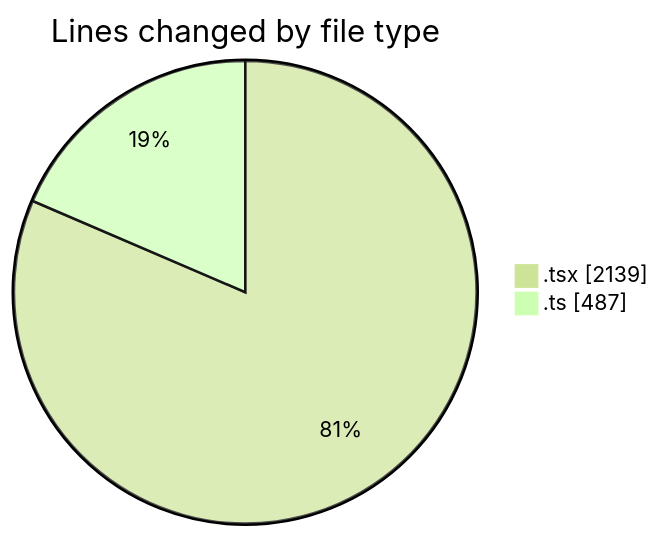
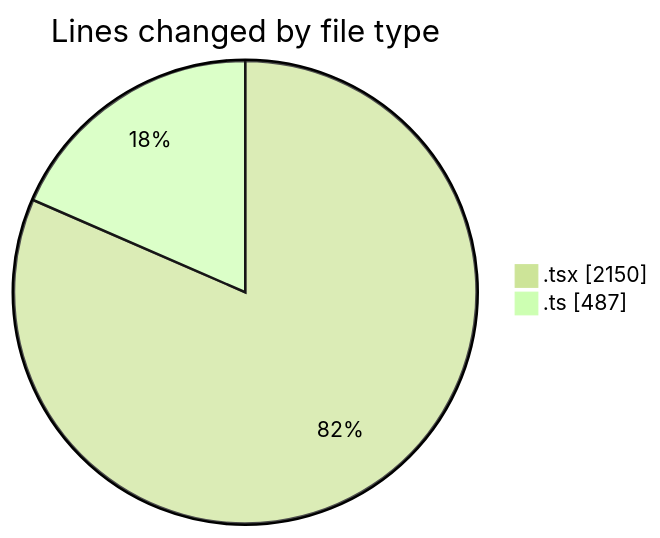
One commit to nxtqubesakshisongat/code-tracking changed the first of 2 diagrams in 2026-03-31/nxtqube_webapp/README.md. Above: the diagram before and after it, drawn with Mermaid (forest theme). The commit also changed other lines of this file and 1 other file, not shown here.

````diff
--- a/2026-03-31/nxtqube_webapp/README.md
+++ b/2026-03-31/nxtqube_webapp/README.md
@@ -23,6 +23,6 @@
 ```mermaid
 pie showData
 title Lines changed by file type
-".tsx" : 2139
+".tsx" : 2150
 ".ts" : 487
 ```
````
